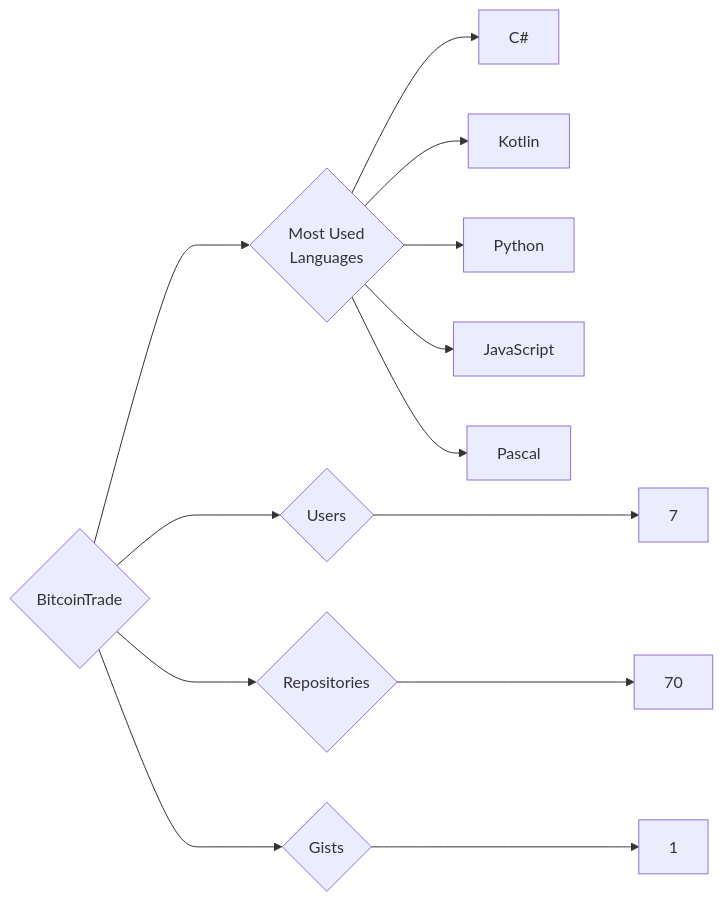
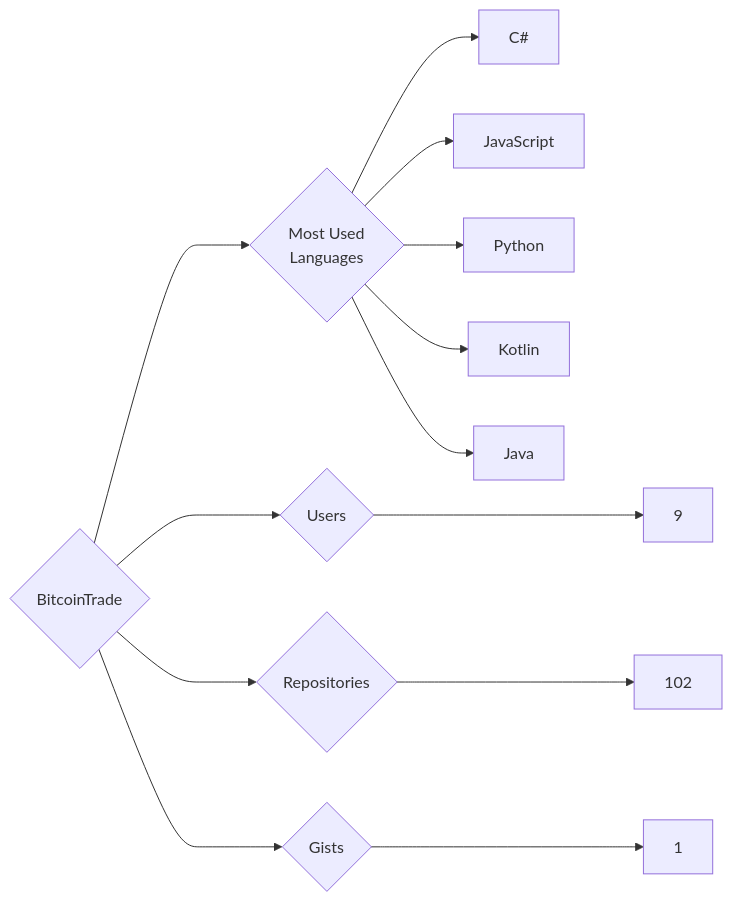
One commit to trickest/insiders changed the diagram in targets/BitcoinTrade/README.md. Above: the diagram before and after it, drawn with Mermaid. The commit also changed 1175 other files, not shown here.

````diff
--- a/targets/BitcoinTrade/README.md
+++ b/targets/BitcoinTrade/README.md
@@ -3,13 +3,13 @@
 ```mermaid
 graph LR
 COMPANY_NAME{BitcoinTrade}
-COMPANY_NAME ---> U{Users} ---> UN[7]
-COMPANY_NAME ---> R{Repositories} ---> RN[70]
+COMPANY_NAME ---> U{Users} ---> UN[9]
+COMPANY_NAME ---> R{Repositories} ---> RN[102]
 COMPANY_NAME ---> G{Gists} ---> GN[1]
 COMPANY_NAME ---> ML{Most Used<br>Languages}
 ML --> C#[C#]
+ML --> JavaScript[JavaScript]
+ML --> Python[Python]
 ML --> Kotlin[Kotlin]
-ML --> Python[Python]
-ML --> JavaScript[JavaScript]
-ML --> Pascal[Pascal]
+ML --> Java[Java]
 ```
````
